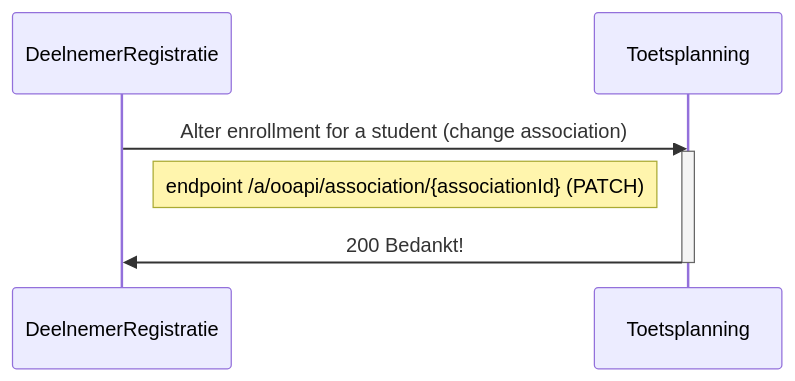
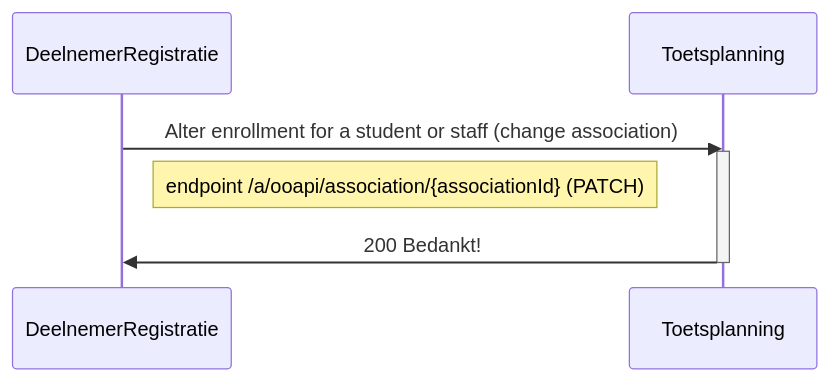
Before and after one commit to NetwerkExamineringDigitalisering/NED-OOAPI: the second of 7 diagrams in doc/flow1.md, drawn with Mermaid. The commit also changed other lines of this file, not shown here.

First line of the commit message:
Update flow1.md

````diff
--- a/doc/flow1.md
+++ b/doc/flow1.md
@@ -97,11 +97,11 @@
 ```mermaid
 sequenceDiagram
     participant DeelnemerRegistratie
     participant Toetsplanning
-    DeelnemerRegistratie->>Toetsplanning: Alter enrollment for a student (change association)
+    DeelnemerRegistratie->>Toetsplanning: Alter enrollment for a student or staff (change association)
     activate Toetsplanning
     Note right of DeelnemerRegistratie: endpoint /a/ooapi/association/{associationId} (PATCH)
     Toetsplanning->>DeelnemerRegistratie: 200 Bedankt!
     deactivate Toetsplanning
 
 ```
````
